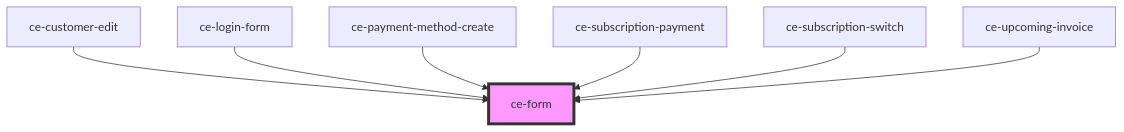
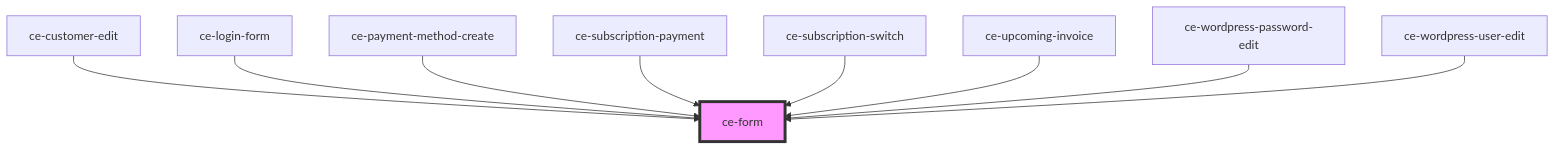
Before and after one commit to surecart/surecart-wp-plugin: the diagram in packages/components/src/components/ui/form/readme.md, drawn with Mermaid. The commit also changed other lines of this file and 27 other files, not shown here.

````diff
--- a/packages/components/src/components/ui/form/readme.md
+++ b/packages/components/src/components/ui/form/readme.md
@@ -75,10 +77,12 @@
 ```mermaid
 graph TD;
   ce-customer-edit --> ce-form
   ce-login-form --> ce-form
   ce-payment-method-create --> ce-form
   ce-subscription-payment --> ce-form
   ce-subscription-switch --> ce-form
   ce-upcoming-invoice --> ce-form
+  ce-wordpress-password-edit --> ce-form
+  ce-wordpress-user-edit --> ce-form
   style ce-form fill:#f9f,stroke:#333,stroke-width:4px
 ```
````
